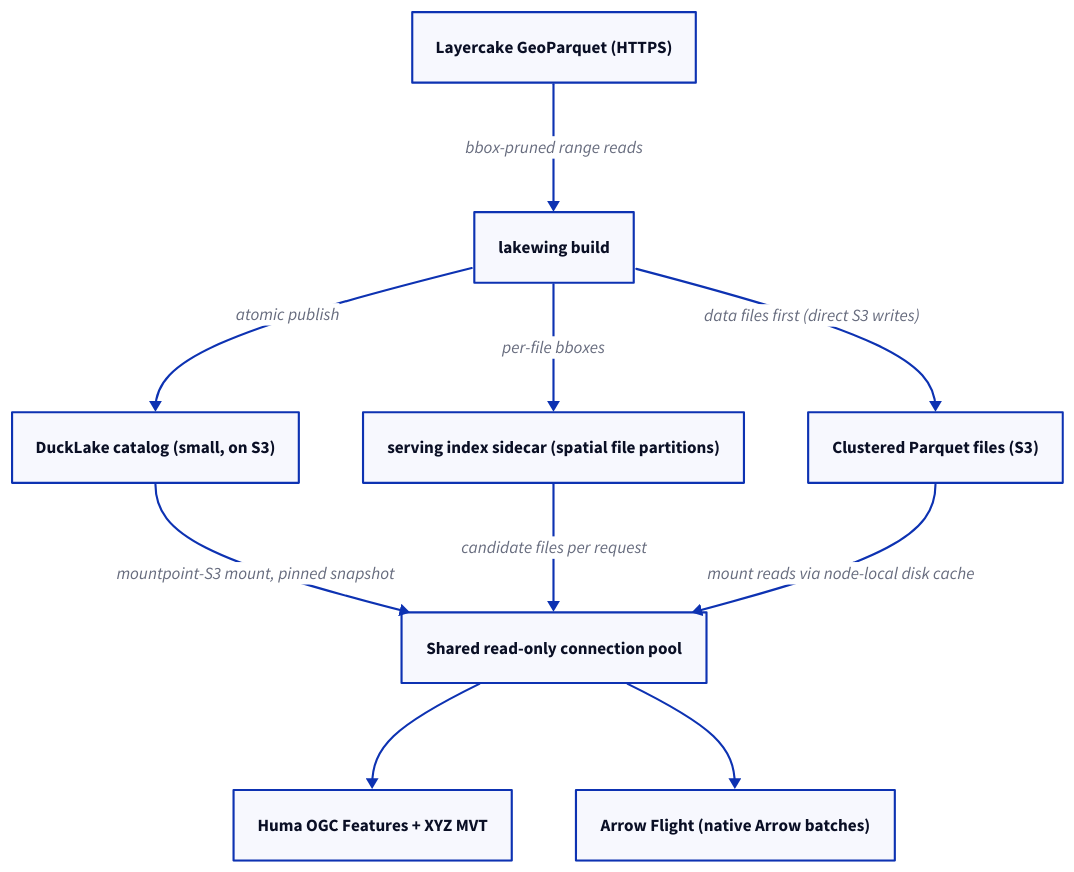
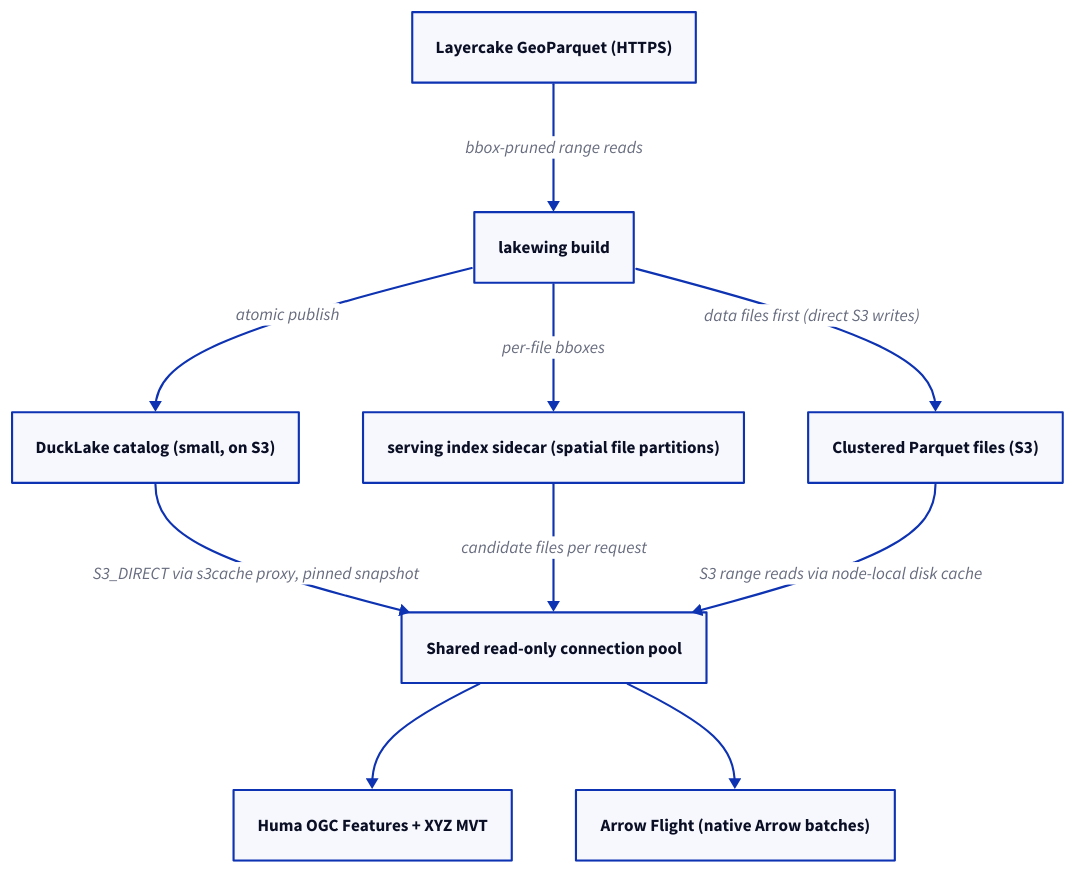
One commit to adonm/lakewing changed the diagram in docs/arch.d2. Above: the diagram before and after it, drawn with D2. The commit also changed 25 other files, not shown here.

First line of the commit message:
Remove CSI/FUSE reads; chart + bench go S3_DIRECT via s3cache

```diff
--- a/docs/arch.d2
+++ b/docs/arch.d2
@@ -1,19 +1,19 @@
 direction: down
 source: Layercake GeoParquet (HTTPS)
 build: lakewing build
 catalog: DuckLake catalog (small, on S3)
 index: serving index sidecar (spatial file partitions)
 parquet: Clustered Parquet files (S3)
 pool: Shared read-only connection pool
 http: Huma OGC Features + XYZ MVT
 flight: Arrow Flight (native Arrow batches)
 
 source -> build: bbox-pruned range reads
 build -> catalog: atomic publish
 build -> parquet: data files first (direct S3 writes)
 build -> index: per-file bboxes
-catalog -> pool: mountpoint-S3 mount, pinned snapshot
+catalog -> pool: S3_DIRECT via s3cache proxy, pinned snapshot
 index -> pool: candidate files per request
-parquet -> pool: mount reads via node-local disk cache
+parquet -> pool: S3 range reads via node-local disk cache
 pool -> http
 pool -> flight
```
